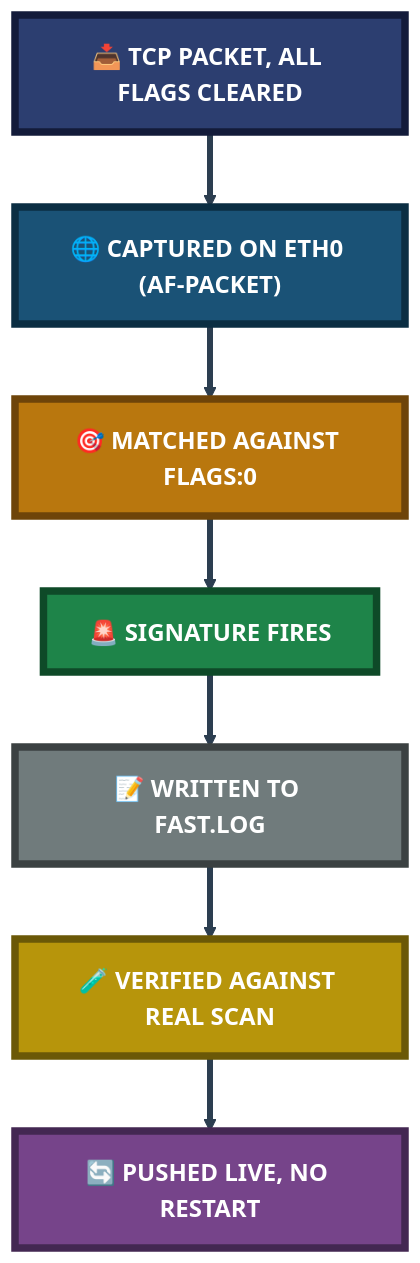
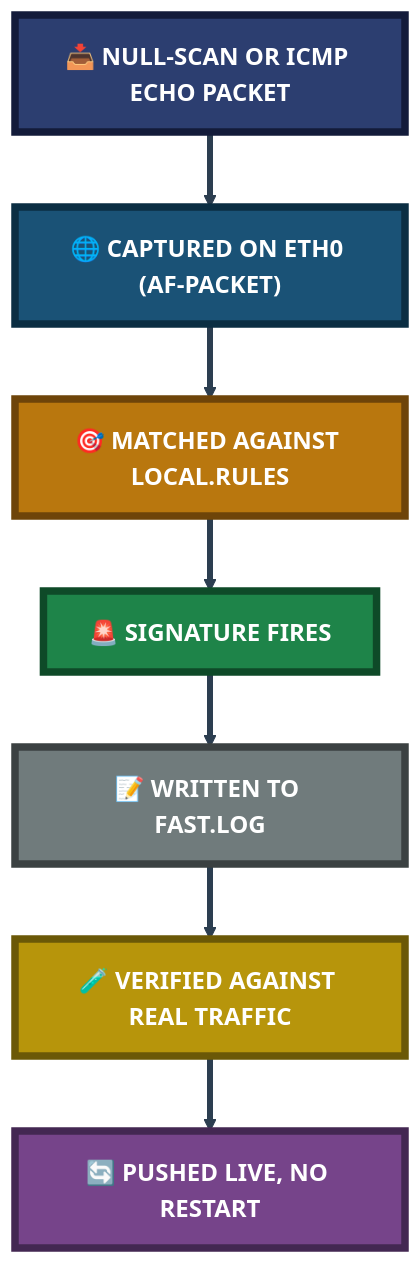
One commit to malaika-azhar/Cybersecurity-Lab-Projects changed the second of 2 diagrams in 3-Advanced-Cyber-Projects/project-05-port-scan-detection-lab/README.md. Above: the diagram before and after it, drawn with Mermaid. The commit also changed other lines of this file, not shown here.

````diff
--- a/3-Advanced-Cyber-Projects/project-05-port-scan-detection-lab/README.md
+++ b/3-Advanced-Cyber-Projects/project-05-port-scan-detection-lab/README.md
@@ -218,22 +231,22 @@
 ```mermaid
 flowchart TB
-    Packet["📥 TCP PACKET, ALL FLAGS CLEARED"]:::packetClass
+    Packet["📥 NULL-SCAN OR ICMP ECHO PACKET"]:::packetClass
     Capture["🌐 CAPTURED ON ETH0 (AF-PACKET)"]:::captureClass
-    Match["🎯 MATCHED AGAINST FLAGS:0"]:::matchClass
+    Match["🎯 MATCHED AGAINST LOCAL.RULES"]:::matchClass
     Fire["🚨 SIGNATURE FIRES"]:::fireClass
     Log["📝 WRITTEN TO FAST.LOG"]:::logClass
-    Verify["🧪 VERIFIED AGAINST REAL SCAN"]:::verifyClass
+    Verify["🧪 VERIFIED AGAINST REAL TRAFFIC"]:::verifyClass
     Reload["🔄 PUSHED LIVE, NO RESTART"]:::reloadClass
 
     Packet --> Capture --> Match --> Fire --> Log --> Verify --> Reload
 
     classDef packetClass fill:#2C3E70,stroke:#131B3A,stroke-width:5px,color:#FFFFFF,font-weight:bold,font-size:16px
     classDef captureClass fill:#1A5276,stroke:#0B2E43,stroke-width:5px,color:#FFFFFF,font-weight:bold,font-size:16px
     classDef matchClass fill:#B9770E,stroke:#6E4409,stroke-width:5px,color:#FFFFFF,font-weight:bold,font-size:16px
     classDef fireClass fill:#1E8449,stroke:#0E4A28,stroke-width:5px,color:#FFFFFF,font-weight:bold,font-size:16px
     classDef logClass fill:#707B7C,stroke:#3B4142,stroke-width:5px,color:#FFFFFF,font-weight:bold,font-size:16px
     classDef verifyClass fill:#B7950B,stroke:#6B5807,stroke-width:5px,color:#FFFFFF,font-weight:bold,font-size:16px
     classDef reloadClass fill:#76448A,stroke:#432752,stroke-width:5px,color:#FFFFFF,font-weight:bold,font-size:16px
 
     linkStyle default stroke:#2C3E50,stroke-width:4px
 ```
````
